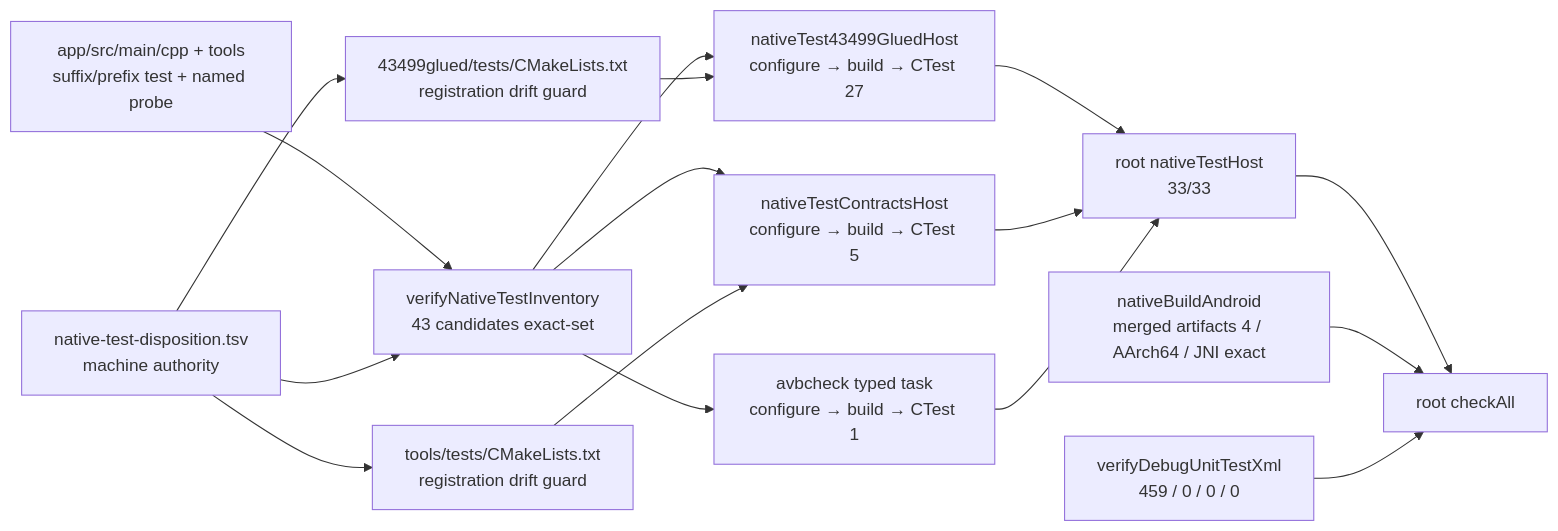
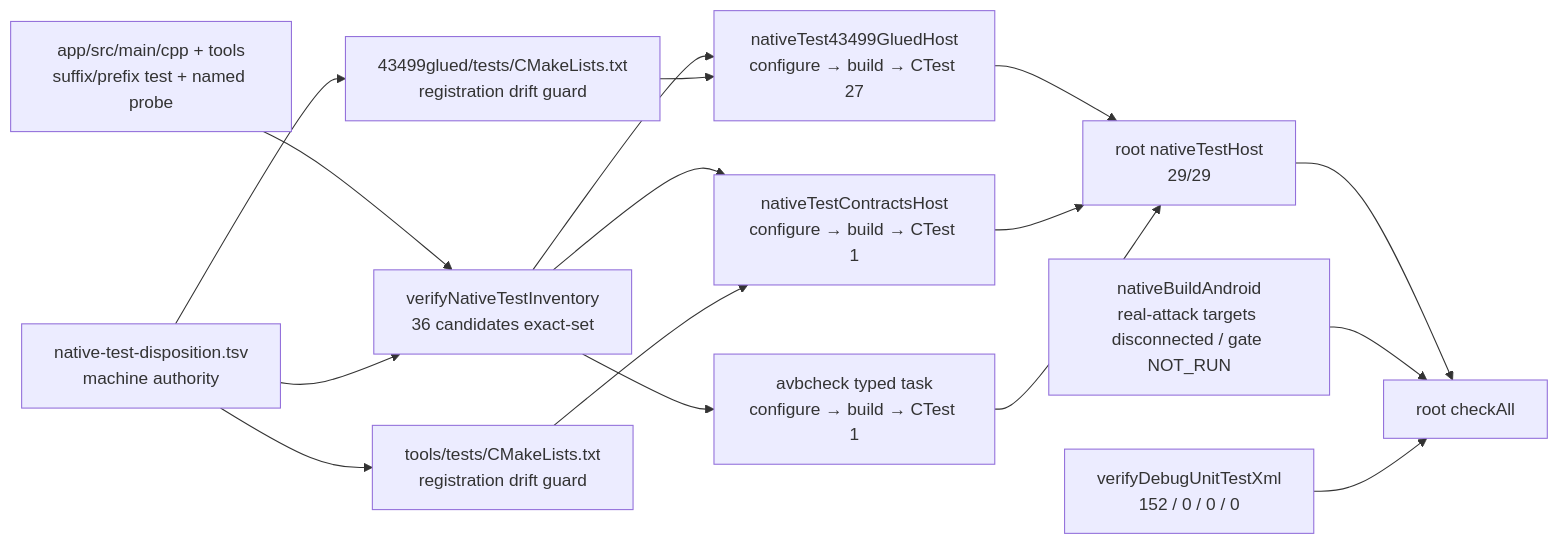
Diagram 33 of 51 in docs/development/full-process-uml.md (YuKongA/ghostlock-app), drawn with Mermaid before and after one commit. The commit also changed other lines of this file and 663 other files, not shown here.

First line of the commit message:
refactor(app): unify backend execution and run logging

````diff
--- a/docs/development/full-process-uml.md
+++ b/docs/development/full-process-uml.md
@@ -1114,18 +1107,18 @@
 ```mermaid
 flowchart LR
-  SOURCE["app/src/main/cpp + tools<br/>suffix/prefix test + named probe"] --> INVENTORY["verifyNativeTestInventory<br/>43 candidates exact-set"]
+  SOURCE["app/src/main/cpp + tools<br/>suffix/prefix test + named probe"] --> INVENTORY["verifyNativeTestInventory<br/>36 candidates exact-set"]
   TSV["native-test-disposition.tsv<br/>machine authority"] --> INVENTORY
   TSV --> C43499["43499glued/tests/CMakeLists.txt<br/>registration drift guard"]
   TSV --> CCONTRACT["tools/tests/CMakeLists.txt<br/>registration drift guard"]
   INVENTORY --> T43499["nativeTest43499GluedHost<br/>configure → build → CTest 27"]
   C43499 --> T43499
-  INVENTORY --> TCONTRACT["nativeTestContractsHost<br/>configure → build → CTest 5"]
+  INVENTORY --> TCONTRACT["nativeTestContractsHost<br/>configure → build → CTest 1"]
   CCONTRACT --> TCONTRACT
   INVENTORY --> TAVB["avbcheck typed task<br/>configure → build → CTest 1"]
-  T43499 --> HOST_GATE["root nativeTestHost<br/>33/33"]
+  T43499 --> HOST_GATE["root nativeTestHost<br/>29/29"]
   TCONTRACT --> HOST_GATE
   TAVB --> HOST_GATE
   HOST_GATE --> CHECK_ALL["root checkAll"]
-  ANDROID_GATE["nativeBuildAndroid<br/>merged artifacts 4 / AArch64 / JNI exact"] --> CHECK_ALL
-  XML["verifyDebugUnitTestXml<br/>459 / 0 / 0 / 0"] --> CHECK_ALL
+  ANDROID_GATE["nativeBuildAndroid<br/>real-attack targets disconnected / gate NOT_RUN"] --> CHECK_ALL
+  XML["verifyDebugUnitTestXml<br/>152 / 0 / 0 / 0"] --> CHECK_ALL
 ```
````
